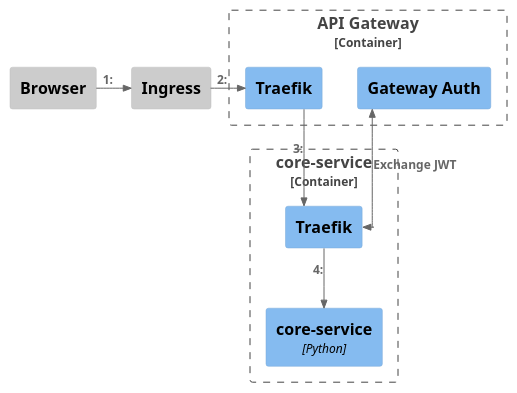
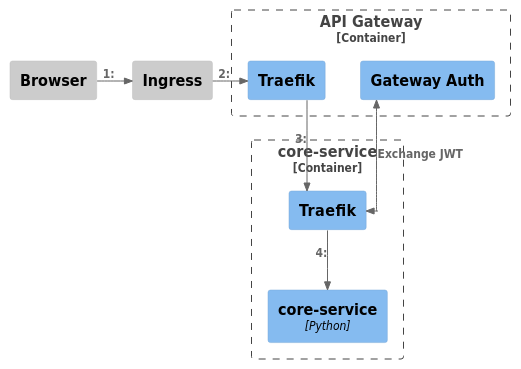
One commit to SwissDataScienceCenter/renku changed the fourth of 4 diagrams in docs/reference/services/services-architecture.rst. Above: the diagram before and after it, drawn with PlantUML. The commit also changed other lines of this file, not shown here.

```diff
--- a/docs/reference/services/services-architecture.rst
+++ b/docs/reference/services/services-architecture.rst
@@ -209,31 +216,31 @@
 .. uml::
 
     @startuml
     !include <C4/C4_Dynamic.puml>
 
     skinparam linetype ortho
-    skinparam defaultFontName Calcutta
+    skinparam defaultFontName "Calcutta","DejaVu Sans Condensed","SansSerif"
 
     HIDE_STEREOTYPE()
 
     Component_Ext(browser, "Browser")
 
     Component_Ext(ingress, "Ingress")
 
     Container_Boundary(gateway, "API Gateway") {
         Component(gateway_traefik, "Traefik")
         Component(gateway_auth, "Gateway Auth")
     }
 
     Container_Boundary(core_service_boundary, "core-service") {
         Component(traefik, "Traefik")
         Component(core_service, "core-service", "Python")
     }
 
     Rel_R(browser, ingress, "")
     Rel_R(ingress, gateway_traefik, "")
     Rel(gateway_traefik, traefik, "")
     BiRel(traefik, gateway_auth, "Exchange JWT")
     Rel(traefik, core_service, "")
     Lay_R(gateway_traefik, gateway_auth)
     @enduml
```
